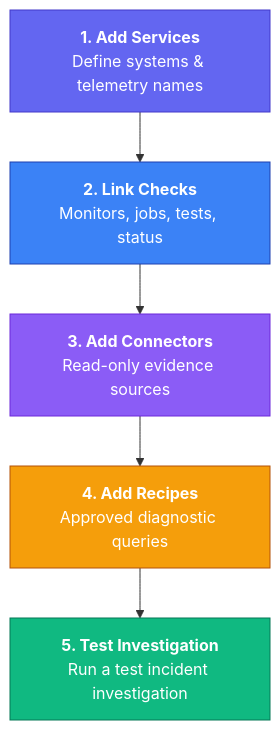
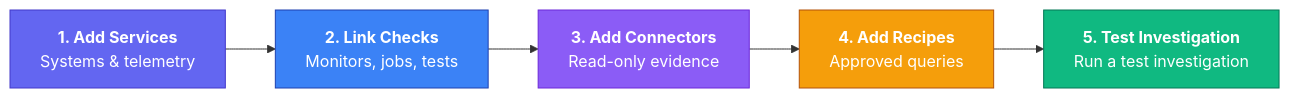
The diagram in docs/content/docs/app/admin/ai-sre-setup.mdx (supercheck-io/supercheck), drawn with Mermaid before and after one commit. The commit also changed 14 other files, not shown here.

First line of the commit message:
docs: reorganize architecture diagram and add color to sequence diagrams

````diff
--- a/docs/content/docs/app/admin/ai-sre-setup.mdx
+++ b/docs/content/docs/app/admin/ai-sre-setup.mdx
@@ -64,13 +64,10 @@
 ```mermaid
-flowchart TD
-    Services["<b>1. Add Services</b><br/>Define systems & telemetry names"] --> Links["<b>2. Link Checks</b><br/>Monitors, jobs, tests, status"]
-    Links --> Connectors["<b>3. Add Connectors</b><br/>Read-only evidence sources"]
-    Connectors --> Recipes["<b>4. Add Recipes</b><br/>Approved diagnostic queries"]
-    Recipes --> Verify["<b>5. Test Investigation</b><br/>Run a test incident investigation"]
+flowchart LR
+    Services["<b>1. Add Services</b><br/>Systems & telemetry"] --> Links["<b>2. Link Checks</b><br/>Monitors, jobs, tests"] --> Connectors["<b>3. Add Connectors</b><br/>Read-only evidence"] --> Recipes["<b>4. Add Recipes</b><br/>Approved queries"] --> Verify["<b>5. Test Investigation</b><br/>Run a test investigation"]
 
     style Services fill:#6366f1,stroke:#4338ca,color:#fff
     style Links fill:#3b82f6,stroke:#1e40af,color:#fff
     style Connectors fill:#8b5cf6,stroke:#6d28d9,color:#fff
     style Recipes fill:#f59e0b,stroke:#b45309,color:#fff
     style Verify fill:#10b981,stroke:#047857,color:#fff
 ```
````
